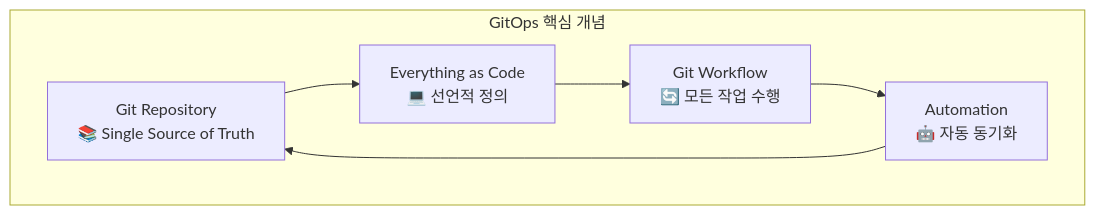
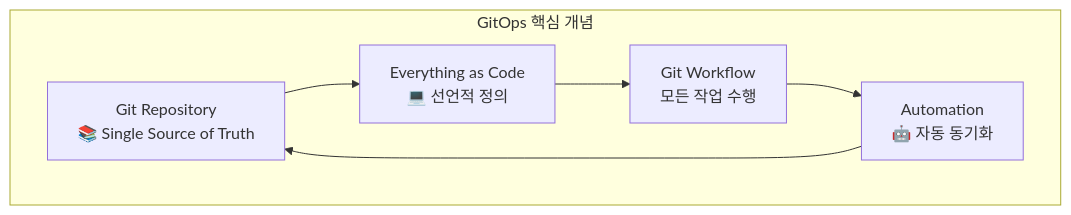
The second of 41 diagrams in docs/cicd/week1-image-build.md (juwon8891/juwon8891.github.io), drawn with Mermaid before and after one commit. The commit also changed other lines of this file and 3 other files, not shown here.

````diff
--- a/docs/cicd/week1-image-build.md
+++ b/docs/cicd/week1-image-build.md
@@ -50,16 +50,16 @@
 ```mermaid
 graph TB
     subgraph "GitOps 핵심 개념"
         GIT[Git Repository<br/>📚 Single Source of Truth]
         CODE[Everything as Code<br/>💻 선언적 정의]
-        WORKFLOW[Git Workflow<br/>🔄 모든 작업 수행]
+        WORKFLOW[Git Workflow<br/>모든 작업 수행]
         AUTO[Automation<br/>🤖 자동 동기화]
 
         GIT --> CODE
         CODE --> WORKFLOW
         WORKFLOW --> AUTO
         AUTO --> GIT
 
     end
 
 ```
````
